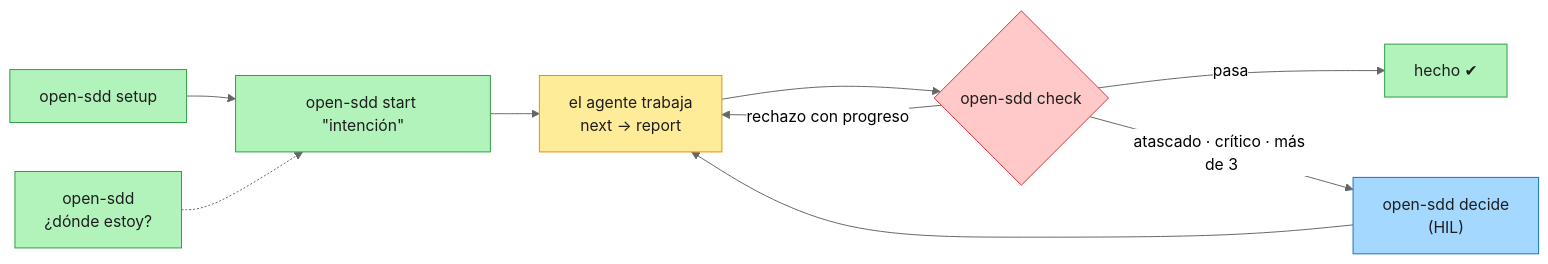
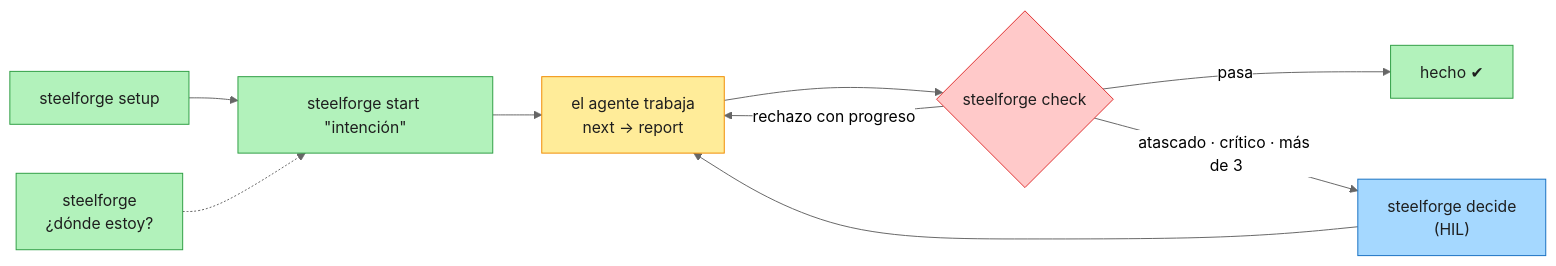
One commit to Brujo2020/OpenSDD changed the first of 12 diagrams in README.es.md. Above: the diagram before and after it, drawn with Mermaid (neutral theme). The commit also changed other lines of this file and 467 other files, not shown here.

````diff
--- a/README.es.md
+++ b/README.es.md
@@ -28,15 +40,15 @@
 ```mermaid
 flowchart LR
-  A["open-sdd setup"]:::auto --> B["open-sdd start &quot;intención&quot;"]:::auto
+  A["steelforge setup"]:::auto --> B["steelforge start &quot;intención&quot;"]:::auto
   B --> C["el agente trabaja<br/>next → report"]:::advisory
-  C --> D{"open-sdd check"}:::block
+  C --> D{"steelforge check"}:::block
   D -- pasa --> E["hecho ✔"]:::auto
   D -- rechazo con progreso --> C
-  D -- "atascado · crítico · más de 3" --> F["open-sdd decide<br/>(HIL)"]:::human
+  D -- "atascado · crítico · más de 3" --> F["steelforge decide<br/>(HIL)"]:::human
   F --> C
-  G["open-sdd<br/>¿dónde estoy?"]:::auto -.-> B
+  G["steelforge<br/>¿dónde estoy?"]:::auto -.-> B
   classDef auto fill:#b2f2bb,stroke:#2f9e44,color:#1e1e1e
   classDef advisory fill:#ffec99,stroke:#f08c00,color:#1e1e1e
   classDef block fill:#ffc9c9,stroke:#e03131,color:#1e1e1e
   classDef human fill:#a5d8ff,stroke:#1971c2,color:#1e1e1e
 ```
````
